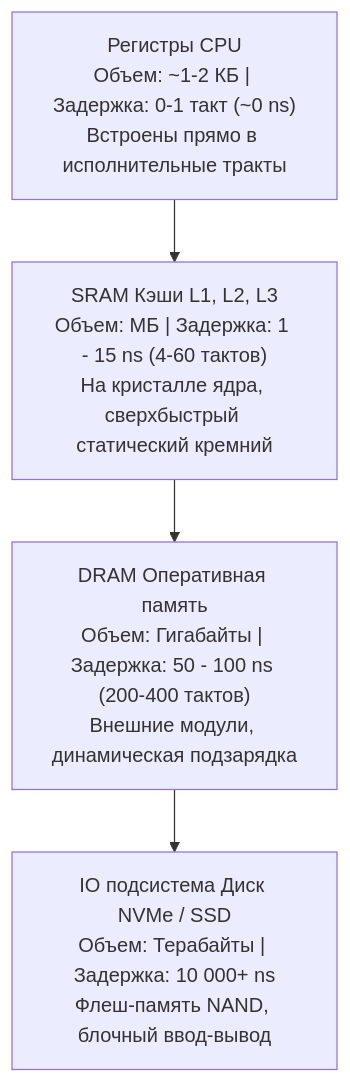
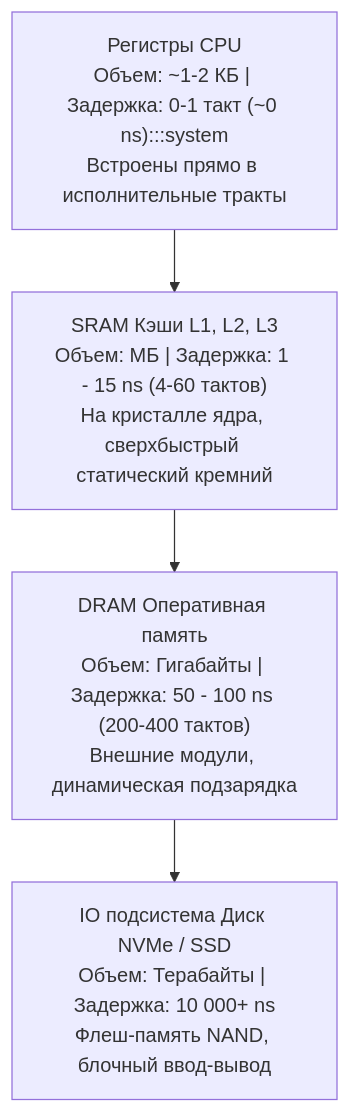
One commit to UnrealTemplier/go-textbook changed the second of 2 diagrams in sources/1. Архитектура компьютера/17. Пирамида памяти. Регистры, SRAM, DRAM и цена доступа.md. Above: the diagram before and after it, drawn with Mermaid. The commit also changed other lines of this file and 1666 other files, not shown here.

First line of the commit message:
feat(mermaid): add semantic color classDef to 1369 colorless flowchart/graph diagrams

````diff
--- a/sources/1. Архитектура компьютера/17. Пирамида памяти. Регистры, SRAM, DRAM и цена доступа.md
+++ b/sources/1. Архитектура компьютера/17. Пирамида памяти. Регистры, SRAM, DRAM и цена доступа.md
@@ -58,6 +68,16 @@
 ```mermaid
 flowchart TD
-    A["Регистры CPU<br>Объем: ~1-2 КБ | Задержка: 0-1 такт (~0 ns)<br>Встроены прямо в исполнительные тракты"] --> B["SRAM Кэши L1, L2, L3<br>Объем: МБ | Задержка: 1 - 15 ns (4-60 тактов)<br>На кристалле ядра, сверхбыстрый статический кремний"]
+    classDef process  fill:#1e293b,stroke:#38bdf8,stroke-width:1px,color:#f8fafc
+    classDef success  fill:#064e3b,stroke:#34d399,stroke-width:1px,color:#f8fafc
+    classDef error    fill:#7f1d1d,stroke:#f87171,stroke-width:1px,color:#f8fafc
+    classDef warning  fill:#78350f,stroke:#fbbf24,stroke-width:1px,color:#f8fafc
+    classDef entry    fill:#1e3a5f,stroke:#38bdf8,stroke-width:2px,color:#f8fafc
+    classDef aux      fill:#334155,stroke:#64748b,stroke-width:1px,color:#f8fafc
+    classDef system   fill:#312e81,stroke:#a78bfa,stroke-width:1px,color:#f8fafc
+    classDef data     fill:#132d29,stroke:#2dd4bf,stroke-width:1px,color:#f8fafc
+    classDef network  fill:#881337,stroke:#fb7185,stroke-width:1px,color:#f8fafc
+    classDef accent   fill:#1e1b4b,stroke:#818cf8,stroke-width:1px,color:#f8fafc
+    A["Регистры CPU<br>Объем: ~1-2 КБ | Задержка: 0-1 такт (~0 ns):::system<br>Встроены прямо в исполнительные тракты"] --> B["SRAM Кэши L1, L2, L3<br>Объем: МБ | Задержка: 1 - 15 ns (4-60 тактов)<br>На кристалле ядра, сверхбыстрый статический кремний"]
     B --> C["DRAM Оперативная память<br>Объем: Гигабайты | Задержка: 50 - 100 ns (200-400 тактов)<br>Внешние модули, динамическая подзарядка"]
     C --> D["IO подсистема Диск NVMe / SSD<br>Объем: Терабайты | Задержка: 10 000+ ns<br>Флеш-память NAND, блочный ввод-вывод"]
 ```
````
